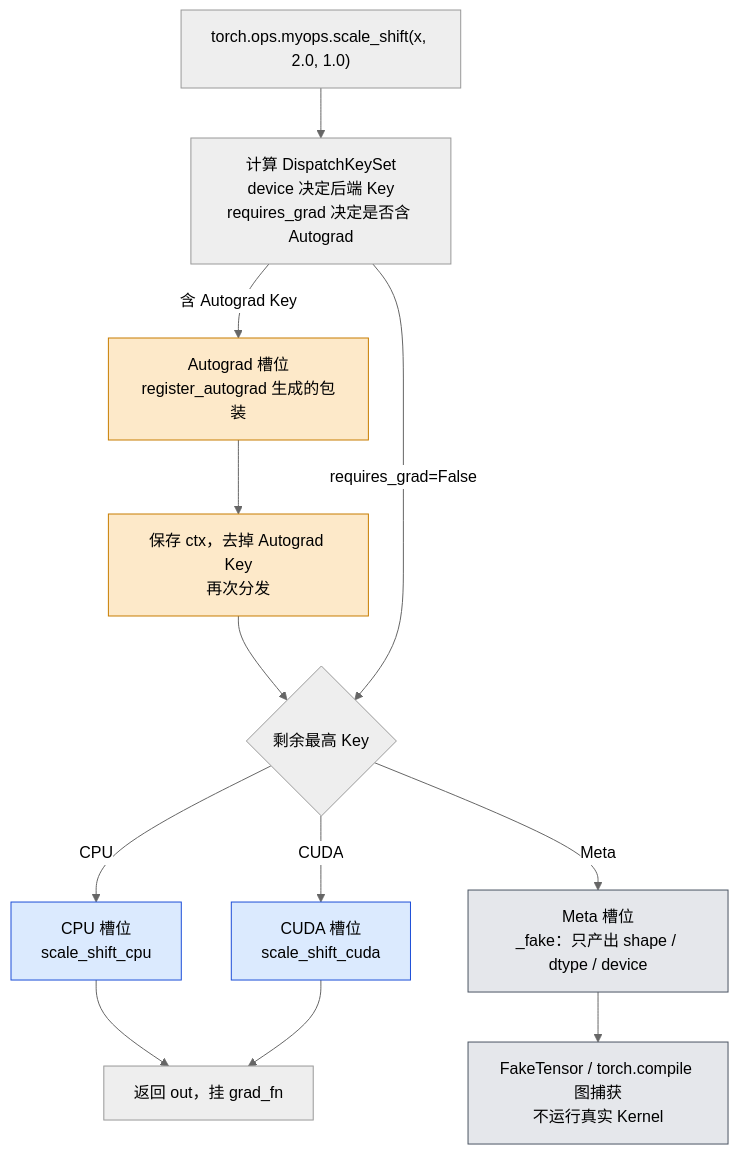
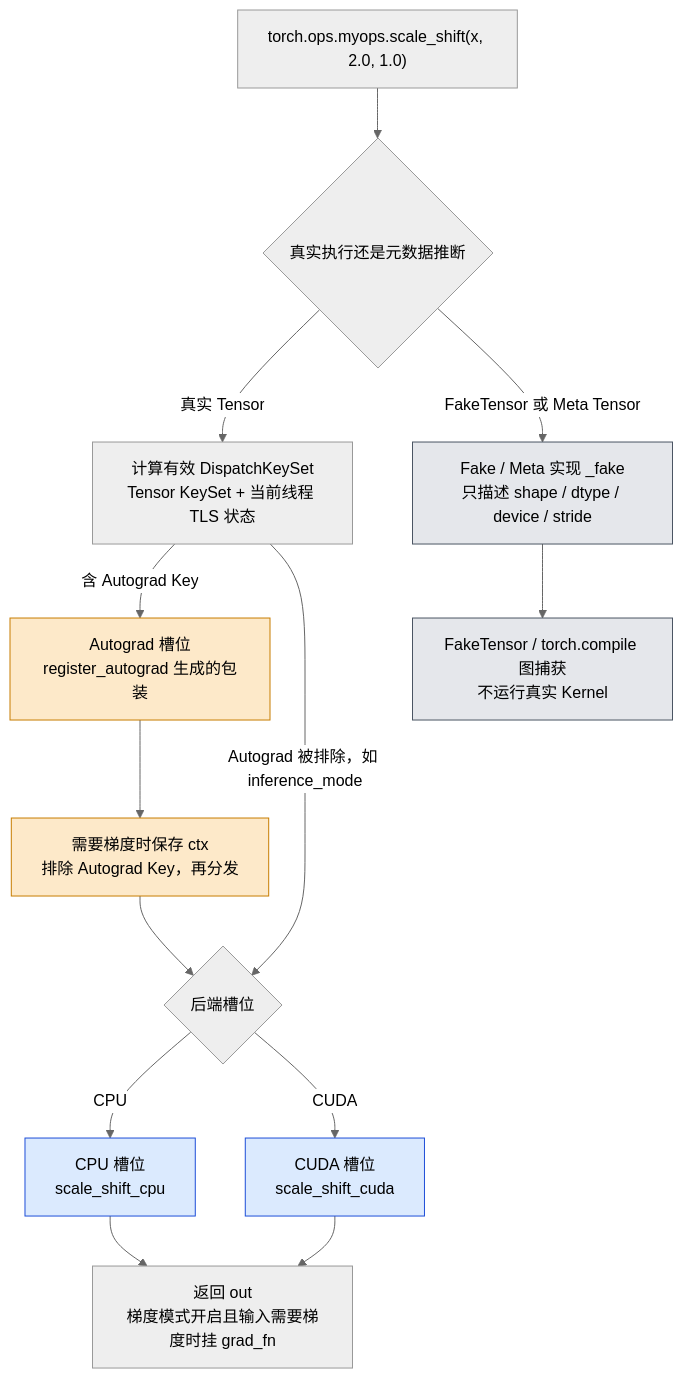
The fifth of 6 diagrams in _posts/2026-02-22-pytorch-cpp-extension-and-custom-operators.md (arganzheng/arganzheng.github.com), drawn with Mermaid (neutral theme) before and after one commit. The commit also changed other lines of this file and 2 other files, not shown here.

First line of the commit message:
06：转换 C++ 扩展示意图并核对 Autograd 分发

````diff
--- a/_posts/2026-02-22-pytorch-cpp-extension-and-custom-operators.md
+++ b/_posts/2026-02-22-pytorch-cpp-extension-and-custom-operators.md
@@ -1184,26 +1156,29 @@
 ```mermaid
-%% 图：完成后的 Operator Table 按运行态展开：先命中 Autograd 槽位，剥掉后按设备落到 CPU / CUDA / Meta
+%% 图：完成后的 Operator Table：真实 Tensor 的 Autograd 与后端分发、Fake / Meta 的元数据推断
 flowchart TB
     IN["torch.ops.myops.scale_shift(x, 2.0, 1.0)"]
-    KS["计算 DispatchKeySet<br/>device 决定后端 Key<br/>requires_grad 决定是否含 Autograd"]
+    MODE{"真实执行还是元数据推断"}
+    KS["计算有效 DispatchKeySet<br/>Tensor KeySet + 当前线程 TLS 状态"]
     AGS["Autograd 槽位<br/>register_autograd 生成的包装"]
-    STRIP["保存 ctx，去掉 Autograd Key<br/>再次分发"]
-    SEL{"剩余最高 Key"}
+    STRIP["需要梯度时保存 ctx<br/>排除 Autograd Key，再分发"]
+    SEL{"后端槽位"}
     CPUS["CPU 槽位<br/>scale_shift_cpu"]
     CUDAS["CUDA 槽位<br/>scale_shift_cuda"]
-    METAS["Meta 槽位<br/>_fake：只产出 shape / dtype / device"]
-    OUT["返回 out，挂 grad_fn"]
+    METAS["Fake / Meta 实现 _fake<br/>只描述 shape / dtype / device / stride"]
+    OUT["返回 out<br/>梯度模式开启且输入需要梯度时挂 grad_fn"]
     OUT2["FakeTensor / torch.compile 图捕获<br/>不运行真实 Kernel"]
-    IN --> KS
+    IN --> MODE
+    MODE -->|真实 Tensor| KS
+    MODE -->|FakeTensor 或 Meta Tensor| METAS
     KS -->|含 Autograd Key| AGS --> STRIP --> SEL
-    KS -->|requires_grad=False| SEL
+    KS -->|Autograd 被排除，如 inference_mode| SEL
     SEL -->|CPU| CPUS --> OUT
     SEL -->|CUDA| CUDAS --> OUT
-    SEL -->|Meta| METAS --> OUT2
+    METAS --> OUT2
     classDef auto fill:#fde9c9,stroke:#c77d00;
     classDef backend fill:#dbeafe,stroke:#1d4ed8;
     classDef meta fill:#e5e7eb,stroke:#4b5563;
     class AGS,STRIP auto;
     class CPUS,CUDAS backend;
     class METAS,OUT2 meta;
 ```
````
